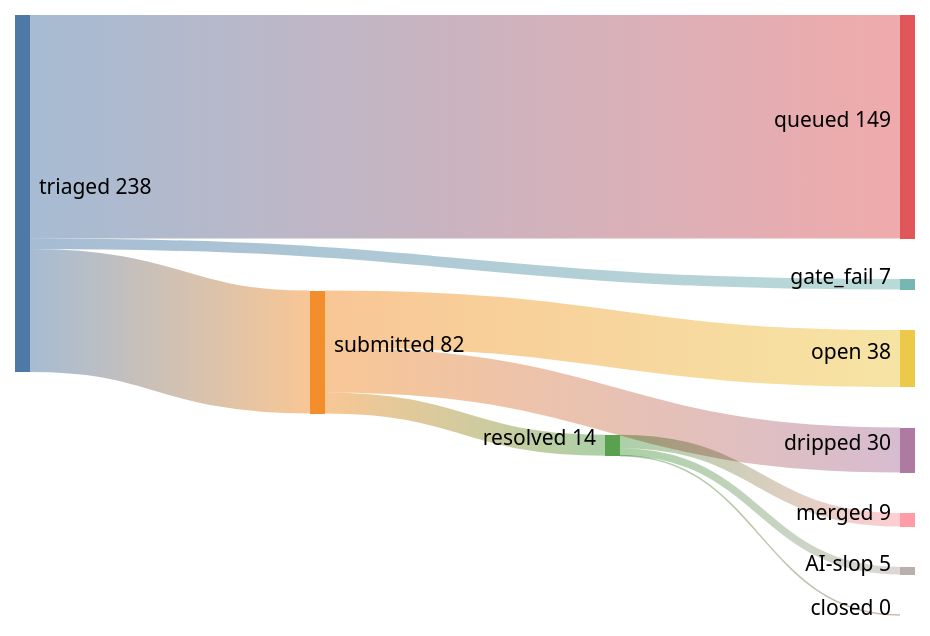
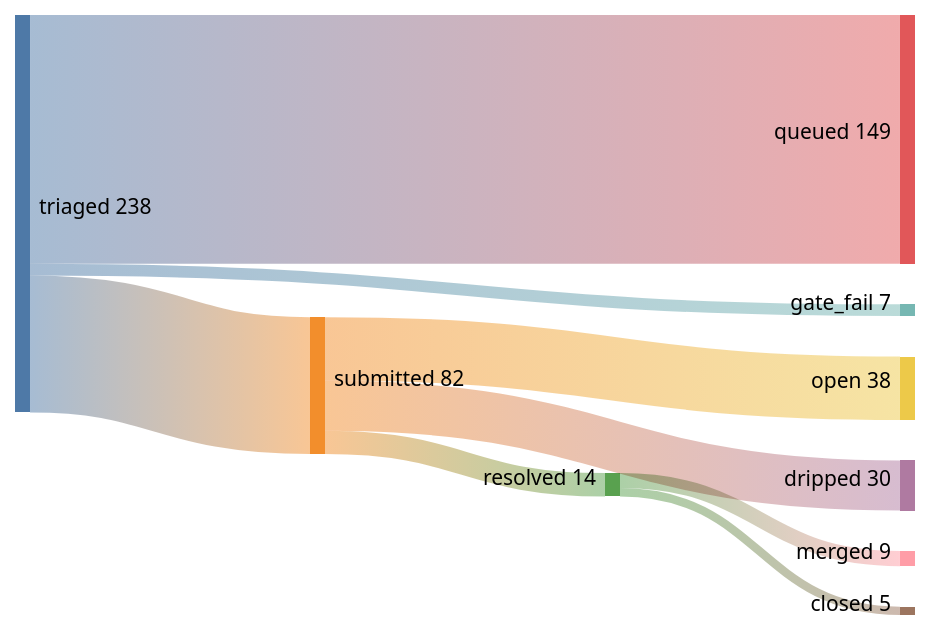
Before and after one commit to kimjune01/kimjune01: the diagram in README.md, drawn with Mermaid (neutral theme). The commit also changed other lines of this file, not shown here.

````diff
--- a/README.md
+++ b/README.md
@@ -5,12 +5,11 @@
 ```mermaid
 sankey-beta
     triaged, submitted, 82
     triaged, queued, 149
     triaged, gate_fail, 7
     submitted, resolved, 14
     submitted, open, 38
     submitted, dripped, 30
     resolved, merged, 9
-    resolved, closed, 0
-    resolved, AI-slop, 5
+    resolved, closed, 5
 ```
````
